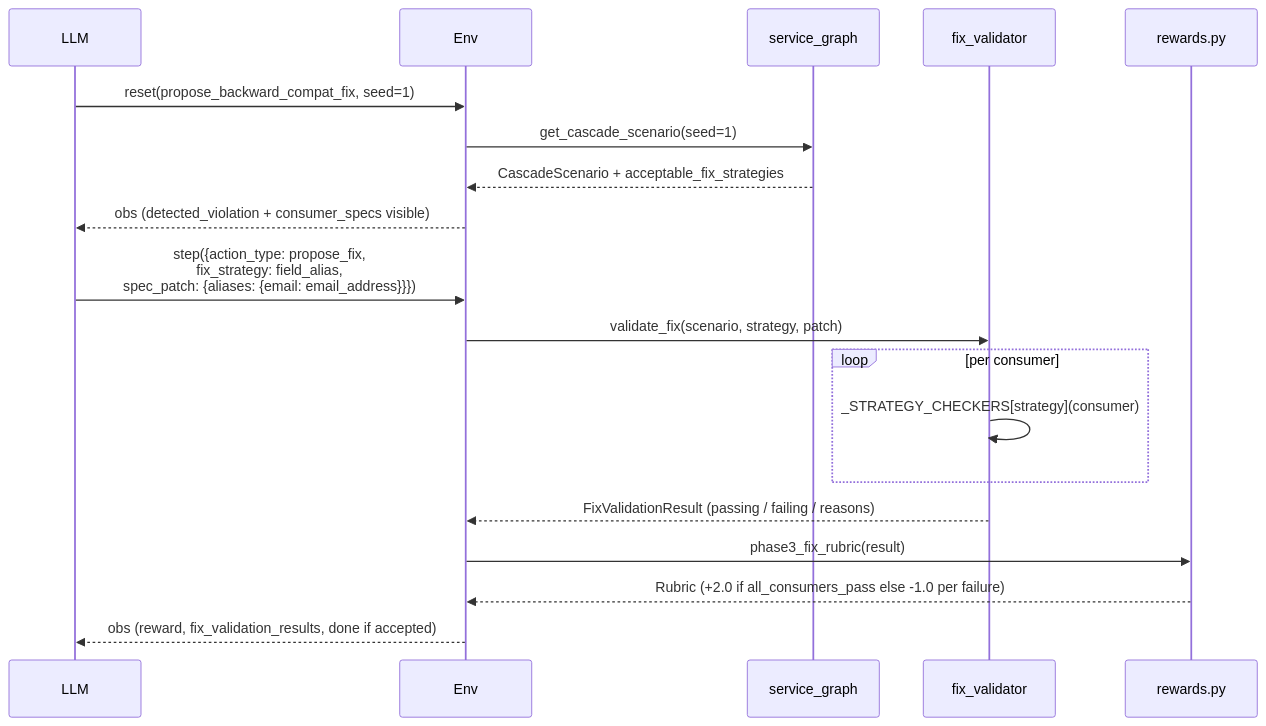
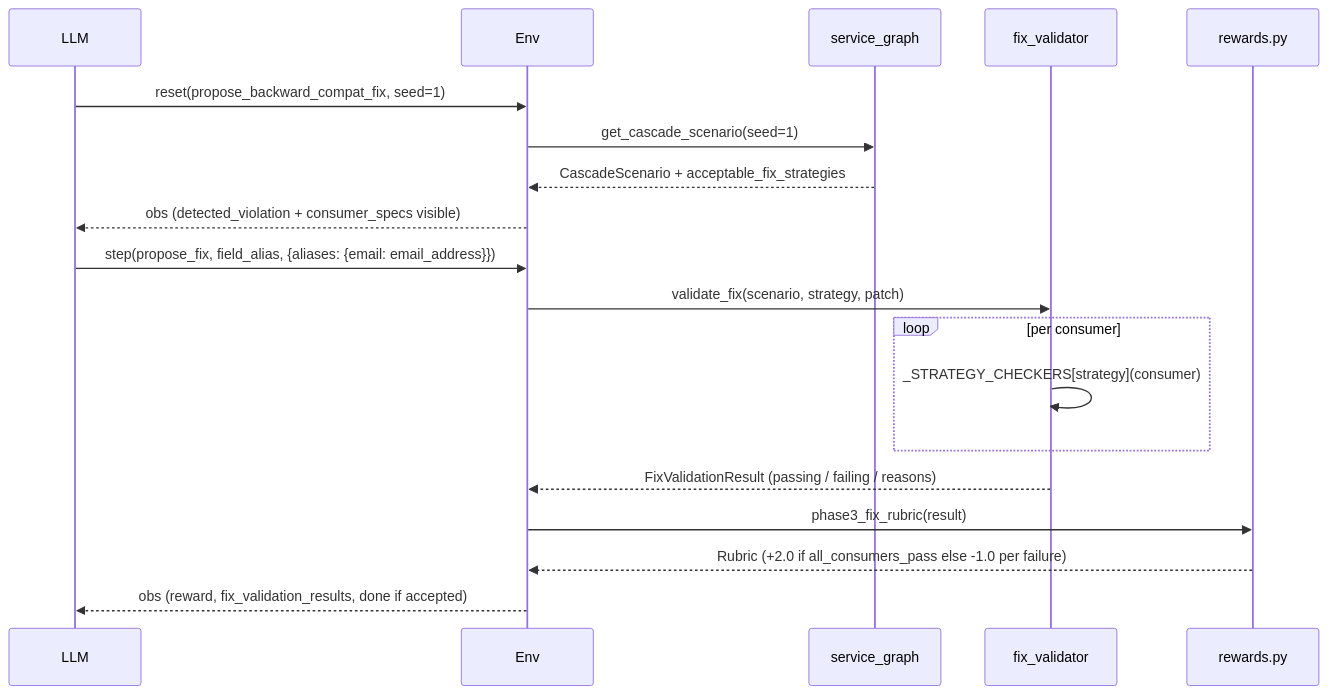
The ninth of 9 diagrams in api_contract_validator/TECHNICAL_ARCHITECTURE.md (kumarpushpam17-personal/Hackathon), drawn with Mermaid before and after one commit. The commit also changed other lines of this file, not shown here.

First line of the commit message:
Fix mermaid sequenceDiagram parse error in Phase 2/3 diagrams

````diff
--- a/api_contract_validator/TECHNICAL_ARCHITECTURE.md
+++ b/api_contract_validator/TECHNICAL_ARCHITECTURE.md
@@ -395,23 +396,23 @@
 ```mermaid
 sequenceDiagram
     participant Agent as LLM
     participant Env
     participant Sg as service_graph
     participant Fv as fix_validator
     participant Ru as rewards.py
 
     Agent->>Env: reset(propose_backward_compat_fix, seed=1)
     Env->>Sg: get_cascade_scenario(seed=1)
     Sg-->>Env: CascadeScenario + acceptable_fix_strategies
     Env-->>Agent: obs (detected_violation + consumer_specs visible)
 
-    Agent->>Env: step({action_type: propose_fix,<br/>fix_strategy: field_alias,<br/>spec_patch: {aliases: {email: email_address}}})
+    Agent->>Env: step(propose_fix, field_alias, {aliases: {email: email_address}})
     Env->>Fv: validate_fix(scenario, strategy, patch)
     loop per consumer
         Fv->>Fv: _STRATEGY_CHECKERS[strategy](consumer)
     end
     Fv-->>Env: FixValidationResult (passing / failing / reasons)
     Env->>Ru: phase3_fix_rubric(result)
     Ru-->>Env: Rubric (+2.0 if all_consumers_pass else -1.0 per failure)
     Env-->>Agent: obs (reward, fix_validation_results, done if accepted)
 ```
````
